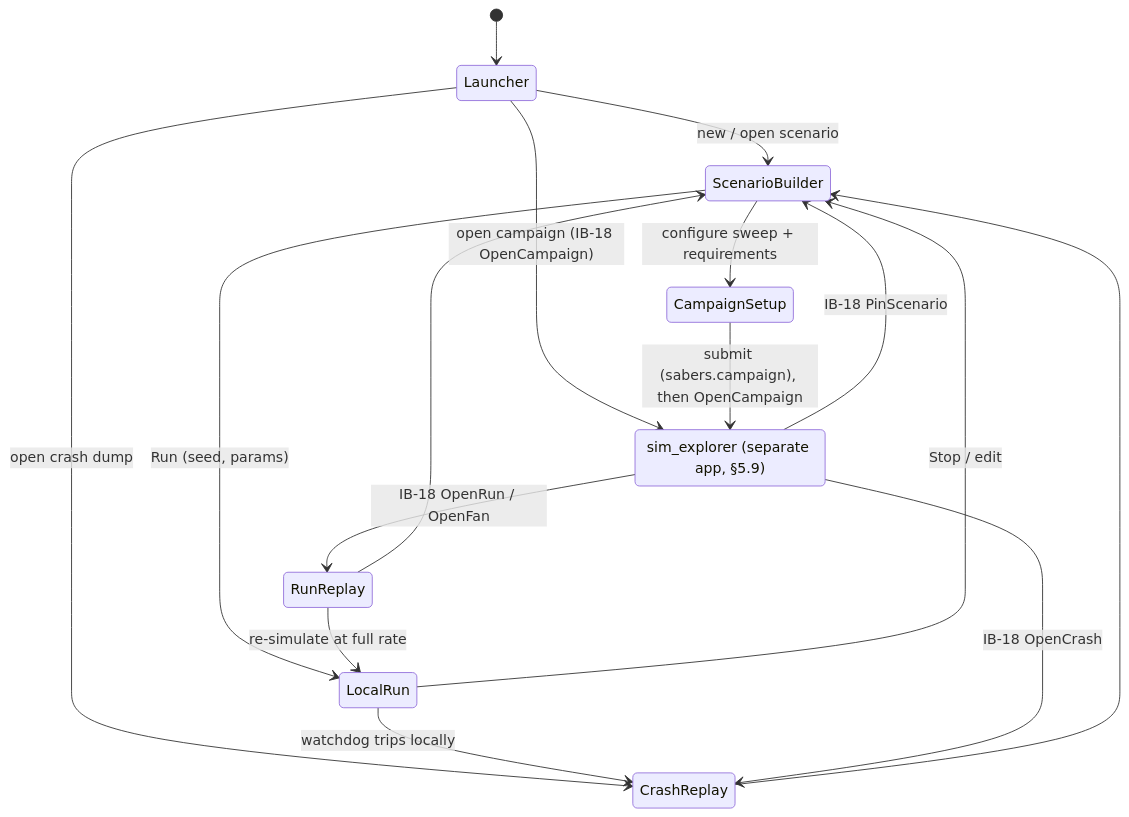
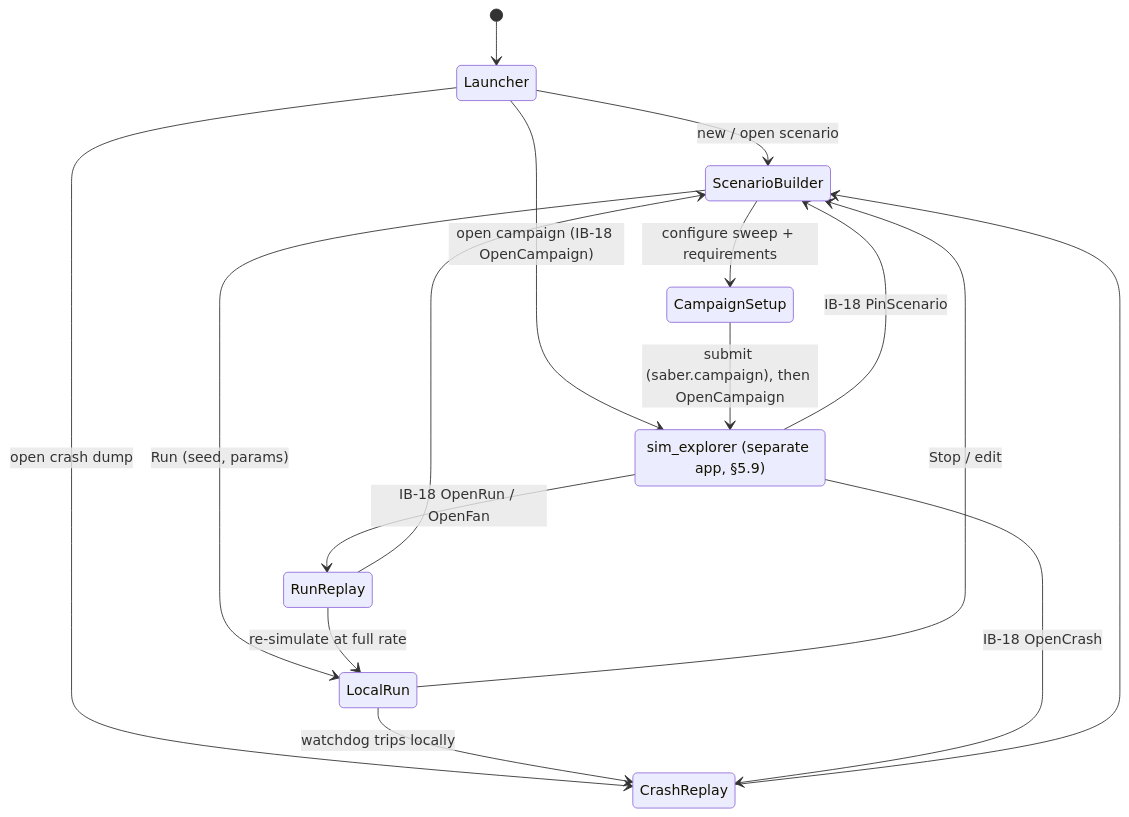
One commit to Schmiedium/SABER changed the seventh of 18 diagrams in docs/design/subsystems-and-interfaces.md. Above: the diagram before and after it, drawn with Mermaid. The commit also changed other lines of this file and 6 other files, not shown here.

First line of the commit message:
Rename sabers identifiers to saber across the design docs (D18)

````diff
--- a/docs/design/subsystems-and-interfaces.md
+++ b/docs/design/subsystems-and-interfaces.md
@@ -402,19 +404,19 @@
 ```mermaid
 stateDiagram-v2
     [*] --> Launcher
     Launcher --> ScenarioBuilder : new / open scenario
     Launcher --> Explorer : open campaign (IB-18 OpenCampaign)
     Launcher --> CrashReplay : open crash dump
     ScenarioBuilder --> LocalRun : Run (seed, params)
     LocalRun --> ScenarioBuilder : Stop / edit
     LocalRun --> CrashReplay : watchdog trips locally
     ScenarioBuilder --> CampaignSetup : configure sweep + requirements
-    CampaignSetup --> Explorer : submit (sabers.campaign), then OpenCampaign
+    CampaignSetup --> Explorer : submit (saber.campaign), then OpenCampaign
     Explorer --> RunReplay : IB-18 OpenRun / OpenFan
     Explorer --> CrashReplay : IB-18 OpenCrash
     Explorer --> ScenarioBuilder : IB-18 PinScenario
     state "sim_explorer (separate app, §5.9)" as Explorer
     RunReplay --> LocalRun : re-simulate at full rate
     CrashReplay --> ScenarioBuilder
     RunReplay --> ScenarioBuilder
 ```
````
